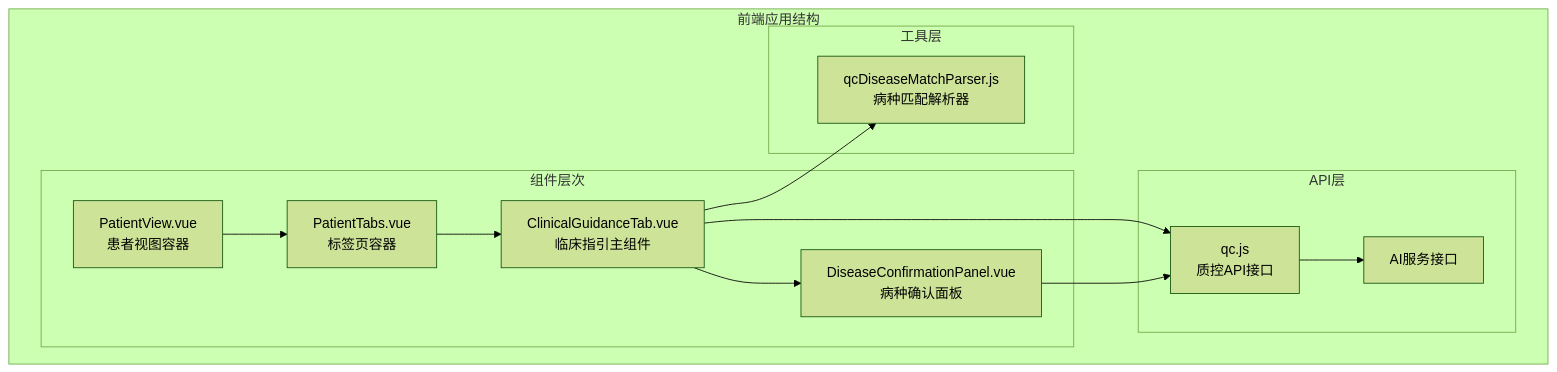
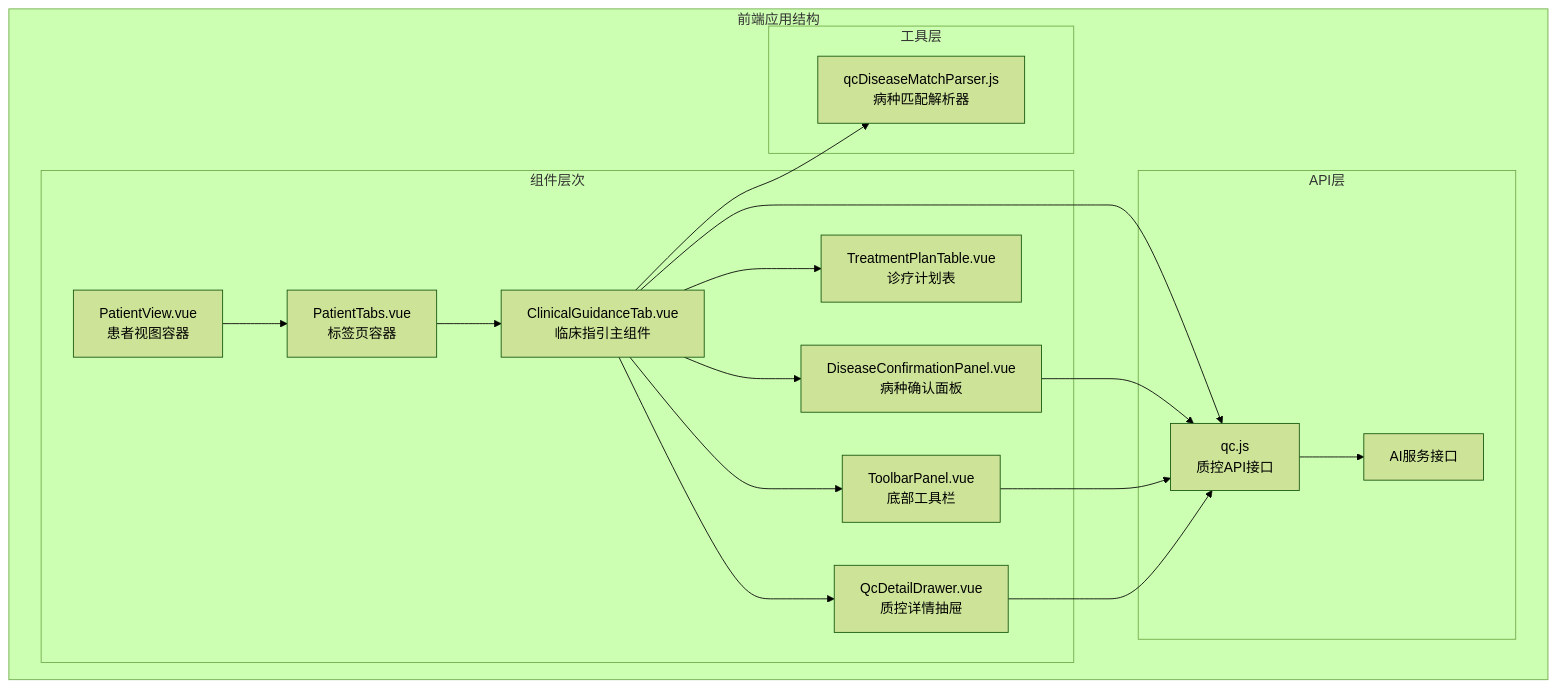
The first of 14 diagrams in .qoder/repowiki/zh/content/临床指引Tab.md (liuzh2008/med_ai_assistant_workspace), drawn with Mermaid (forest theme) before and after one commit. The commit also changed other lines of this file and 5 other files, not shown here.

````diff
--- a/.qoder/repowiki/zh/content/临床指引Tab.md
+++ b/.qoder/repowiki/zh/content/临床指引Tab.md
@@ -44,25 +47,33 @@
 ```mermaid
 graph TB
 subgraph "前端应用结构"
 PV[PatientView.vue<br/>患者视图容器]
 PT[PatientTabs.vue<br/>标签页容器]
 CGT[ClinicalGuidanceTab.vue<br/>临床指引主组件]
 DCP[DiseaseConfirmationPanel.vue<br/>病种确认面板]
+TP[TreatmentPlanTable.vue<br/>诊疗计划表]
+TB[ToolbarPanel.vue<br/>底部工具栏]
+QCD[QcDetailDrawer.vue<br/>质控详情抽屉]
 subgraph "组件层次"
 PV --> PT
 PT --> CGT
 CGT --> DCP
+CGT --> TP
+CGT --> TB
+CGT --> QCD
 end
 subgraph "API层"
 QC[qc.js<br/>质控API接口]
 AI[AI服务接口]
 end
 subgraph "工具层"
 PARSER[qcDiseaseMatchParser.js<br/>病种匹配解析器]
 end
 CGT --> QC
 CGT --> PARSER
 DCP --> QC
+TB --> QC
+QCD --> QC
 QC --> AI
 end
 ```
````
